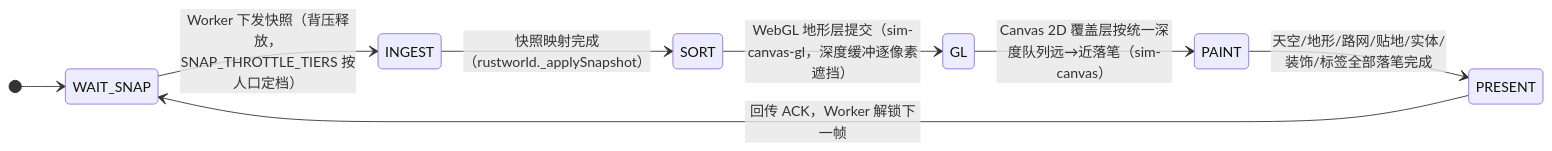
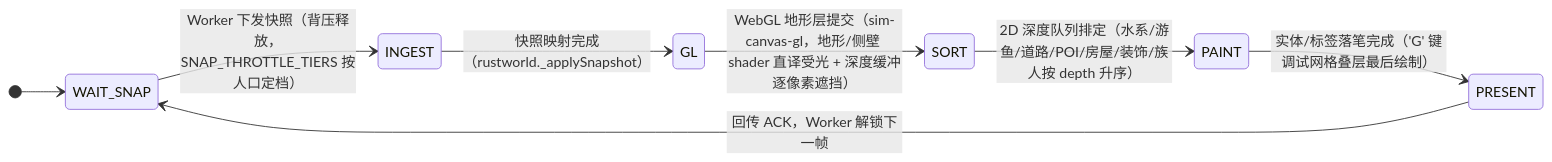
One commit to g39088902/FlowAndAccord changed the diagram in docs/current/tech/16-frontend-overview.md. Above: the diagram before and after it, drawn with Mermaid. The commit also changed other lines of this file and 48 other files, not shown here.

First line of the commit message:
refactor(frontend): drop Canvas fallback for WebGL layers, split render_inspector

````diff
--- a/docs/current/tech/16-frontend-overview.md
+++ b/docs/current/tech/16-frontend-overview.md
@@ -13,11 +13,11 @@
 ```mermaid
 stateDiagram-v2
     direction LR
     [*] --> WAIT_SNAP
     WAIT_SNAP --> INGEST : Worker 下发快照（背压释放，SNAP_THROTTLE_TIERS 按人口定档）
-    INGEST --> SORT : 快照映射完成（rustworld._applySnapshot）
-    SORT --> GL : WebGL 地形层提交（sim-canvas-gl，深度缓冲逐像素遮挡）
-    GL --> PAINT : Canvas 2D 覆盖层按统一深度队列远→近落笔（sim-canvas）
-    PAINT --> PRESENT : 天空/地形/路网/贴地/实体/装饰/标签全部落笔完成
+    INGEST --> GL : 快照映射完成（rustworld._applySnapshot）
+    GL --> SORT : WebGL 地形层提交（sim-canvas-gl，地形/侧壁 shader 直译受光 + 深度缓冲逐像素遮挡）
+    SORT --> PAINT : 2D 深度队列排定（水系/游鱼/道路/POI/房屋/装饰/族人按 depth 升序）
+    PAINT --> PRESENT : 实体/标签落笔完成（'G' 键调试网格叠层最后绘制）
     PRESENT --> WAIT_SNAP : 回传 ACK，Worker 解锁下一帧
 ```
````
